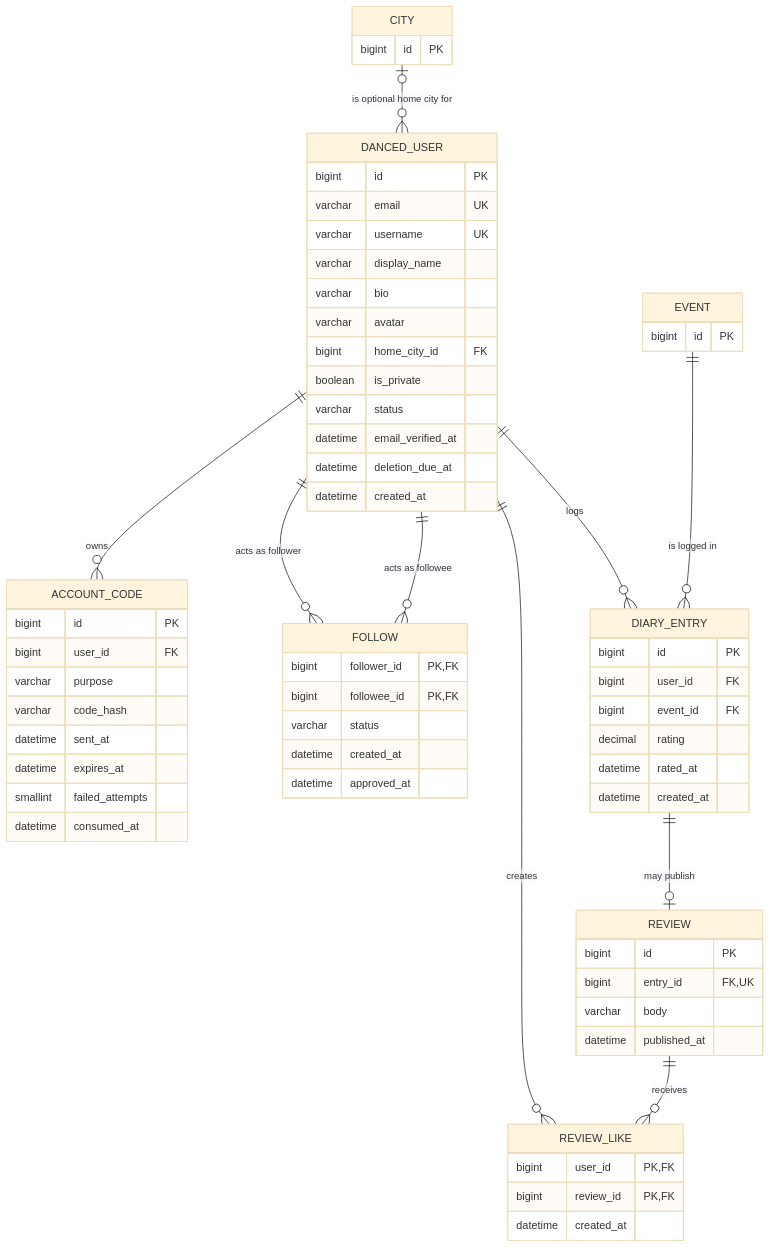
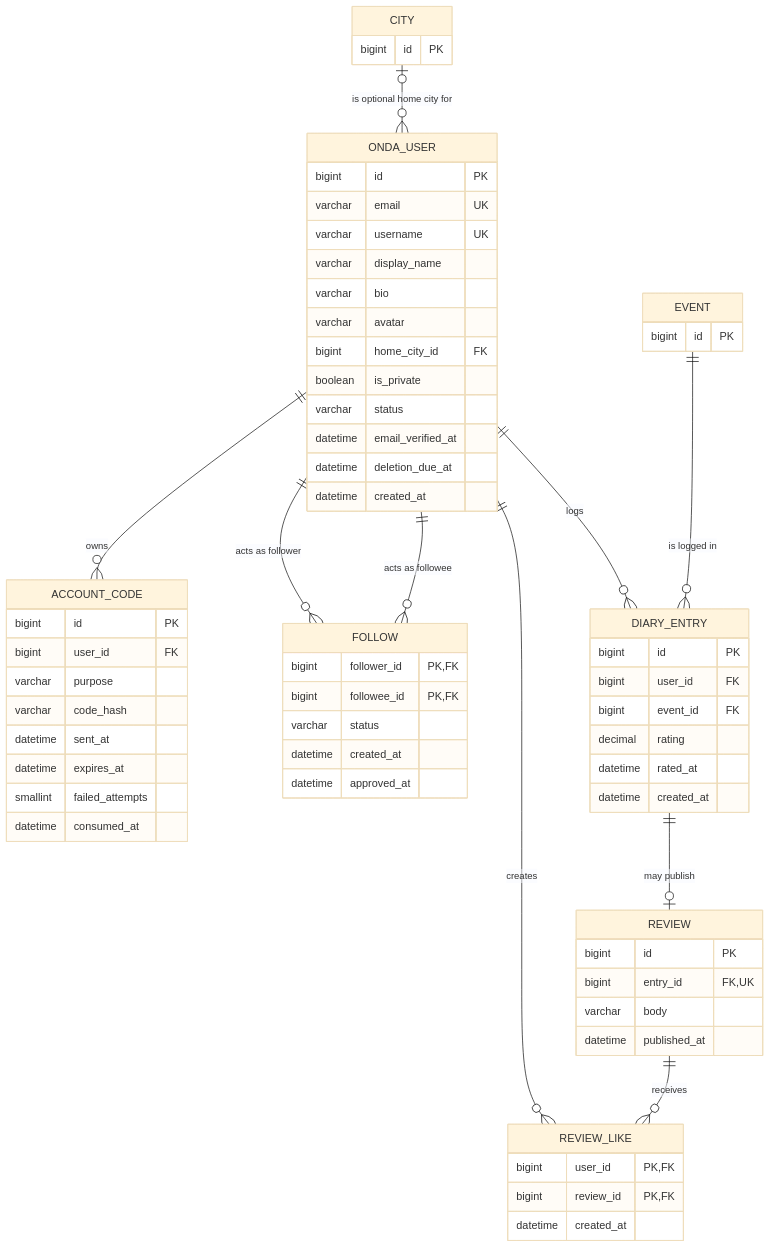
Before and after one commit to tanbaydar/onda: the fourth of 7 diagrams in docs/DATABASE.md, drawn with Mermaid (base theme). The commit also changed other lines of this file and 201 other files, not shown here.

````diff
--- a/docs/DATABASE.md
+++ b/docs/DATABASE.md
@@ -219,77 +219,77 @@
 ```mermaid
 erDiagram
-    CITY o|--o{ DANCED_USER : "is optional home city for"
-    DANCED_USER ||--o{ ACCOUNT_CODE : "owns"
-    DANCED_USER ||--o{ FOLLOW : "acts as follower"
-    DANCED_USER ||--o{ FOLLOW : "acts as followee"
+    CITY o|--o{ ONDA_USER : "is optional home city for"
+    ONDA_USER ||--o{ ACCOUNT_CODE : "owns"
+    ONDA_USER ||--o{ FOLLOW : "acts as follower"
+    ONDA_USER ||--o{ FOLLOW : "acts as followee"
 
-    DANCED_USER ||--o{ DIARY_ENTRY : "logs"
+    ONDA_USER ||--o{ DIARY_ENTRY : "logs"
     EVENT ||--o{ DIARY_ENTRY : "is logged in"
     DIARY_ENTRY ||--o| REVIEW : "may publish"
-    DANCED_USER ||--o{ REVIEW_LIKE : "creates"
+    ONDA_USER ||--o{ REVIEW_LIKE : "creates"
     REVIEW ||--o{ REVIEW_LIKE : "receives"
 
     CITY {
         bigint id PK
     }
 
     EVENT {
         bigint id PK
     }
 
-    DANCED_USER {
+    ONDA_USER {
         bigint id PK
         varchar email UK
         varchar username UK
         varchar display_name
         varchar bio
         varchar avatar
         bigint home_city_id FK
         boolean is_private
         varchar status
         datetime email_verified_at
         datetime deletion_due_at
         datetime created_at
     }
 
     ACCOUNT_CODE {
         bigint id PK
         bigint user_id FK
         varchar purpose
         varchar code_hash
         datetime sent_at
         datetime expires_at
         smallint failed_attempts
         datetime consumed_at
     }
 
     FOLLOW {
         bigint follower_id PK, FK
         bigint followee_id PK, FK
         varchar status
         datetime created_at
         datetime approved_at
     }
 
     DIARY_ENTRY {
         bigint id PK
         bigint user_id FK
         bigint event_id FK
         decimal rating
         datetime rated_at
         datetime created_at
     }
 
     REVIEW {
         bigint id PK
         bigint entry_id FK, UK
         varchar body
         datetime published_at
     }
 
     REVIEW_LIKE {
         bigint user_id PK, FK
         bigint review_id PK, FK
         datetime created_at
     }
 ```
````
